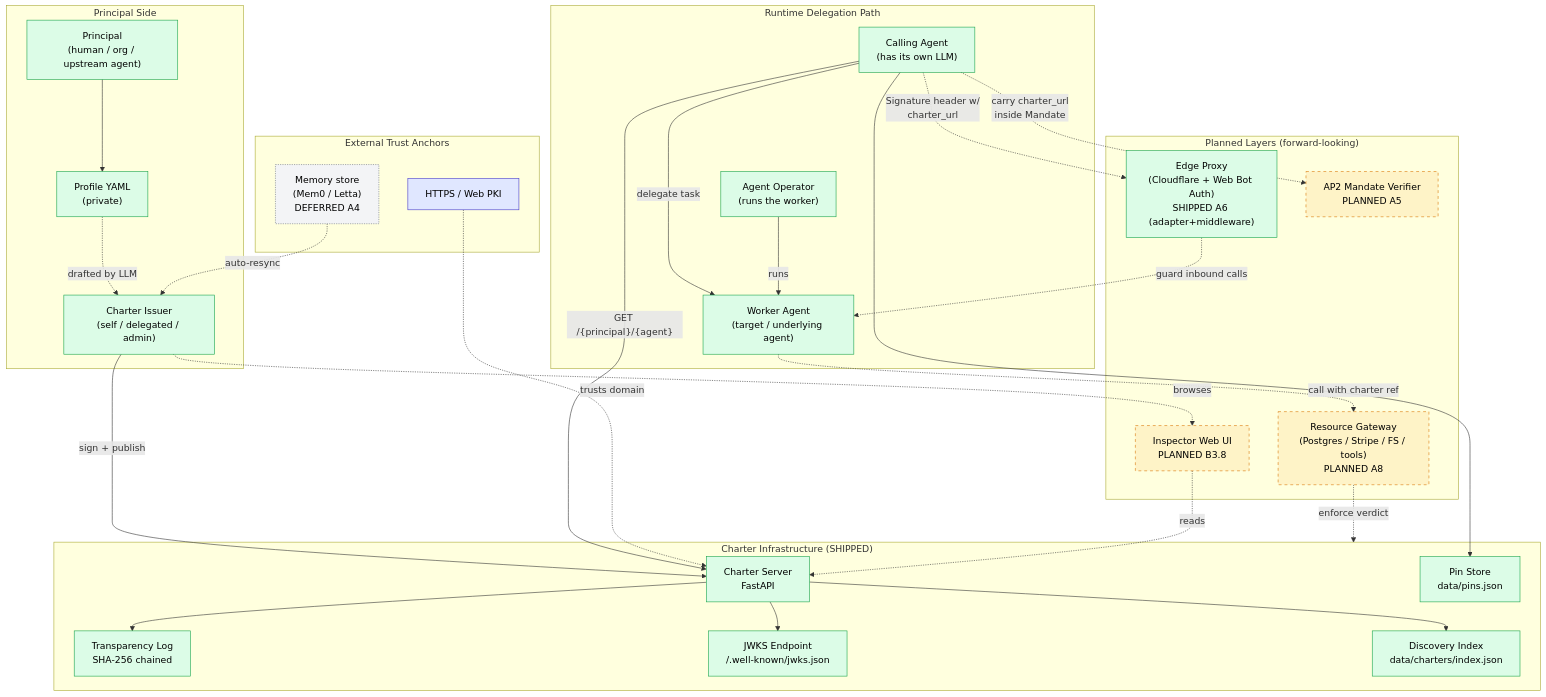
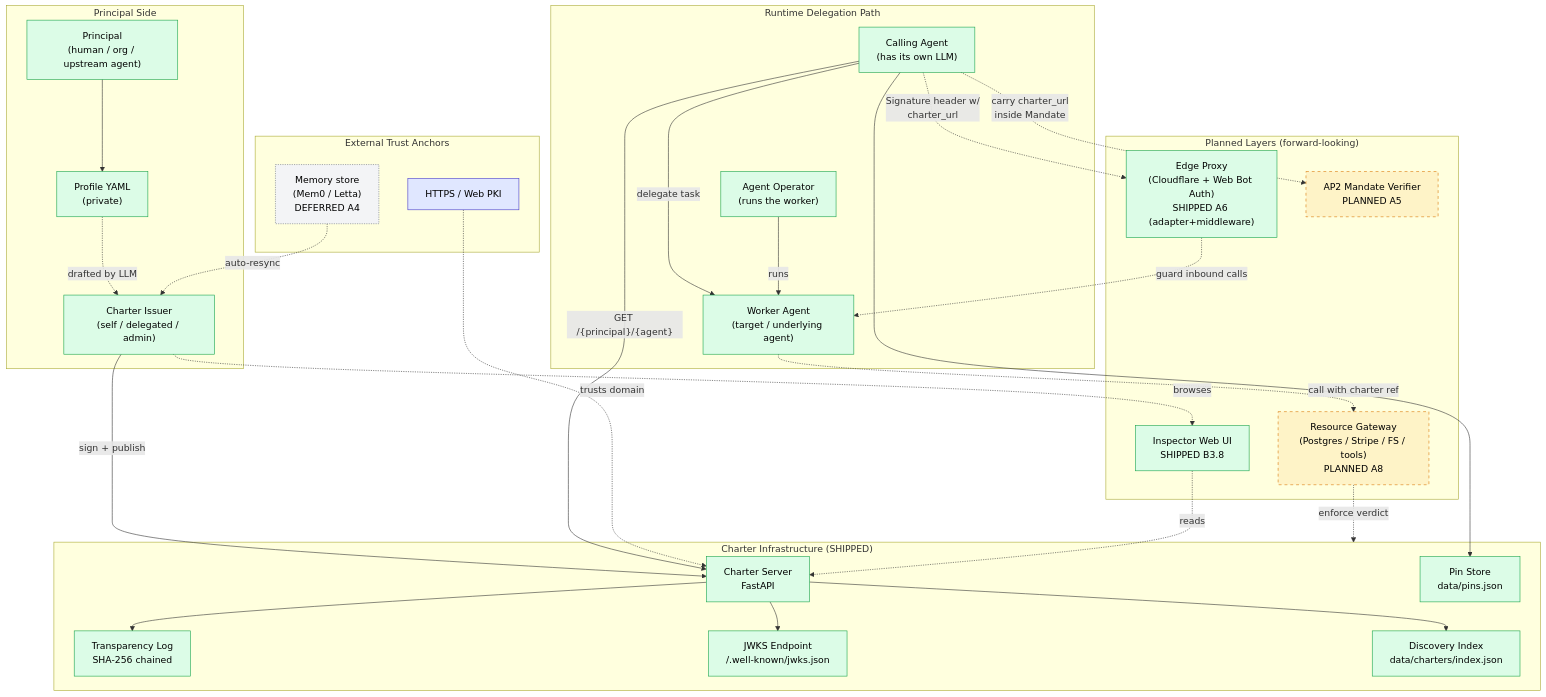
Before and after one commit to hnaymyh123-henry/charter: the first of 6 diagrams in docs/architecture.md, drawn with Mermaid. The commit also changed other lines of this file and 9 other files, not shown here.

First line of the commit message:
feat(server): Charter Inspector Web UI (#44)

````diff
--- a/docs/architecture.md
+++ b/docs/architecture.md
@@ -49,67 +49,67 @@
 ```mermaid
 flowchart TB
     subgraph PRINCIPAL_SIDE["Principal Side"]
         P["Principal<br/>(human / org / upstream agent)"]
         ISS["Charter Issuer<br/>(self / delegated / admin)"]
         PROF["Profile YAML<br/>(private)"]
     end
 
     subgraph CHARTER_INFRA["Charter Infrastructure (SHIPPED)"]
         SRV["Charter Server<br/>FastAPI"]
         TLOG["Transparency Log<br/>SHA-256 chained"]
         JWKS["JWKS Endpoint<br/>/.well-known/jwks.json"]
         PINS["Pin Store<br/>data/pins.json"]
         DISC["Discovery Index<br/>data/charters/index.json"]
     end
 
     subgraph DELEGATION["Runtime Delegation Path"]
         CA["Calling Agent<br/>(has its own LLM)"]
         WA["Worker Agent<br/>(target / underlying agent)"]
         AO["Agent Operator<br/>(runs the worker)"]
     end
 
     subgraph PLANNED_LAYERS["Planned Layers (forward-looking)"]
         EDGE["Edge Proxy<br/>(Cloudflare + Web Bot Auth)<br/>SHIPPED A6 (adapter+middleware)"]
         RG["Resource Gateway<br/>(Postgres / Stripe / FS / tools)<br/>PLANNED A8"]
-        INSP["Inspector Web UI<br/>PLANNED B3.8"]
+        INSP["Inspector Web UI<br/>SHIPPED B3.8"]
         AP2["AP2 Mandate Verifier<br/>PLANNED A5"]
     end
 
     subgraph EXTERNAL["External Trust Anchors"]
         HTTPS["HTTPS / Web PKI"]
         MEMORY["Memory store<br/>(Mem0 / Letta)<br/>DEFERRED A4"]
     end
 
     P --> PROF
     PROF -. drafted by LLM .-> ISS
     ISS -- sign + publish --> SRV
     SRV --> TLOG
     SRV --> JWKS
     SRV --> DISC
 
     CA -- "GET /{principal}/{agent}" --> SRV
     CA --> PINS
     CA -- delegate task --> WA
     AO -- runs --> WA
 
     HTTPS -. trusts domain .-> SRV
 
     CA -. "Signature header w/<br/>charter_url" .-> EDGE
     EDGE -. "guard inbound calls" .-> WA
     WA -. "call with charter ref" .-> RG
     RG -. "enforce verdict" .-> CHARTER_INFRA
     ISS -. browses .-> INSP
     INSP -. reads .-> SRV
     CA -. "carry charter_url<br/>inside Mandate" .-> AP2
     MEMORY -. auto-resync .-> ISS
 
     classDef shipped fill:#dcfce7,stroke:#16a34a,color:#000
     classDef planned fill:#fef3c7,stroke:#d97706,color:#000,stroke-dasharray: 5 5
     classDef deferred fill:#f3f4f6,stroke:#6b7280,color:#000,stroke-dasharray: 2 2
     classDef external fill:#e0e7ff,stroke:#4338ca,color:#000
 
-    class P,ISS,PROF,SRV,TLOG,JWKS,PINS,DISC,CA,WA,AO,EDGE shipped
-    class RG,INSP,AP2 planned
+    class P,ISS,PROF,SRV,TLOG,JWKS,PINS,DISC,CA,WA,AO,EDGE,INSP shipped
+    class RG,AP2 planned
     class MEMORY deferred
     class HTTPS external
 ```
````
